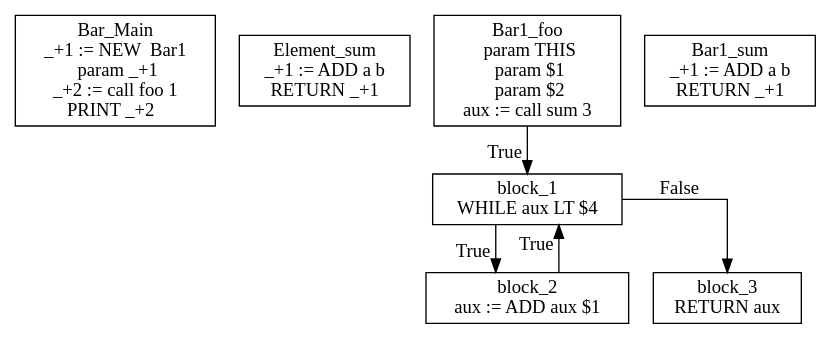
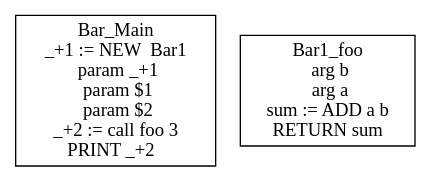
The diagram in IR.dot (AvanaPY/DV1655_Lab1), drawn with Graphviz before and after one commit. The commit also changed 13 other files, not shown here.

```diff
--- a/IR.dot
+++ b/IR.dot
@@ -1,15 +1,6 @@
 digraph {
   graph [splines=ortho]
   node [shape=box]
-  Bar_Main [label="Bar_Main\n_+1 := NEW  Bar1\n  param _+1\n_+2 := call foo 1\nPRINT _+2  \n"];
-  Element_sum [label="Element_sum\n_+1 := ADD a b\nRETURN _+1\n"];
-  Bar1_foo [label="Bar1_foo\n  param THIS\n  param $1\n  param $2\naux := call sum 3\n"];
-  Bar1_foo -> block_1[xlabel="True"];
-  block_1 [label="block_1\nWHILE aux LT $4\n"];
-  block_1 -> block_2[xlabel="True"];
-  block_2 [label="block_2\naux := ADD aux $1\n"];
-  block_2 -> block_1[xlabel="True"];
-  block_1 -> block_3[xlabel="False"];
-  block_3 [label="block_3\nRETURN aux\n"];
-  Bar1_sum [label="Bar1_sum\n_+1 := ADD a b\nRETURN _+1\n"];
+  Bar_Main [label="Bar_Main\n_+1 := NEW  Bar1\n  param _+1\n  param $1\n  param $2\n_+2 := call foo 3\nPRINT _+2  \n"];
+  Bar1_foo [label="Bar1_foo\n  arg b\n  arg a\nsum := ADD a b\nRETURN sum\n"];
 }
```
